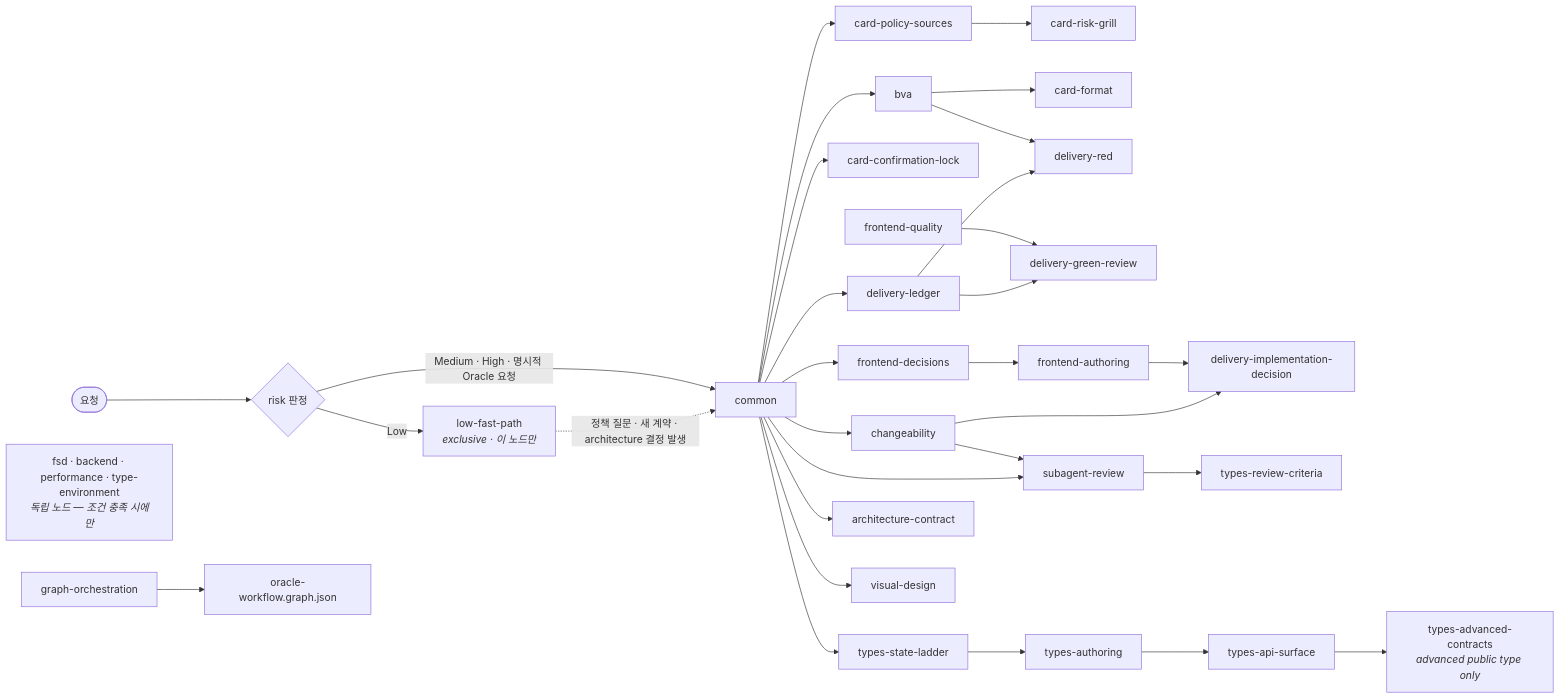
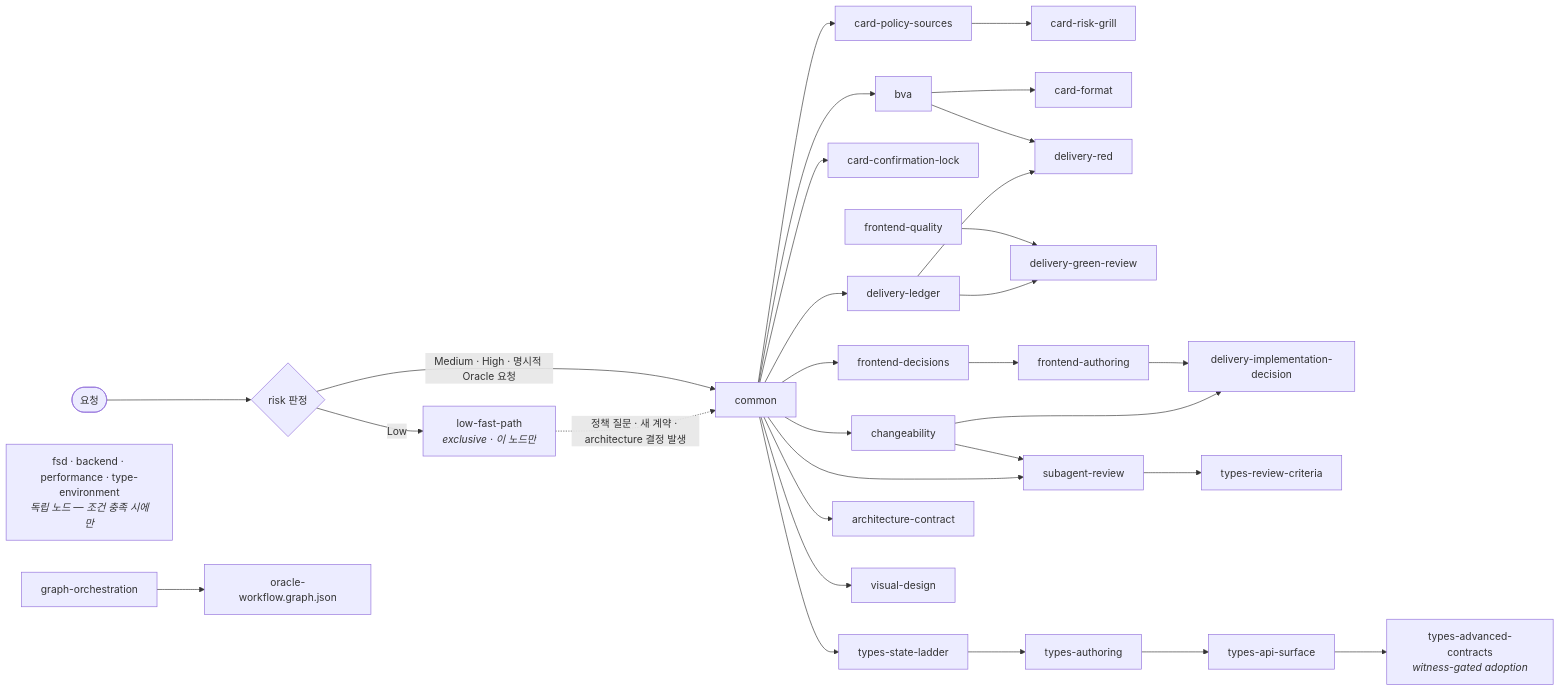
Before and after one commit to lodado/shareds: the third of 3 diagrams in packages/frontend-oracle-design/skills/README.md, drawn with Mermaid. The commit also changed other lines of this file and 10 other files, not shown here.

First line of the commit message:
feat(frontend-oracle-design)!: always load type API and advanced contracts

````diff
--- a/packages/frontend-oracle-design/skills/README.md
+++ b/packages/frontend-oracle-design/skills/README.md
@@ -111,27 +111,27 @@
 ```mermaid
 flowchart LR
   START(["요청"]) --> RISK{"risk 판정"}
   RISK -->|"Low"| LFP["low-fast-path<br/><i>exclusive · 이 노드만</i>"]
   LFP -.->|"정책 질문 · 새 계약 · architecture 결정 발생"| COMMON
   RISK -->|"Medium · High · 명시적 Oracle 요청"| COMMON["common"]
 
   COMMON --> CPS["card-policy-sources"] --> CRG["card-risk-grill"]
   COMMON --> BVA["bva"] --> CF["card-format"]
   COMMON --> CCL["card-confirmation-lock"]
   COMMON --> DL["delivery-ledger"]
   DL --> DR["delivery-red"]
   BVA --> DR
   DL --> DGR["delivery-green-review"]
   COMMON --> CH["changeability"]
   COMMON --> FD["frontend-decisions"] --> FA["frontend-authoring"]
   FQ["frontend-quality"] --> DGR
   CH --> DID["delivery-implementation-decision"]
   FA --> DID
   COMMON --> SR2["subagent-review"] --> TRC["types-review-criteria"]
   CH --> SR2
-  COMMON --> TSL["types-state-ladder"] --> TA["types-authoring"] --> TAS["types-api-surface"] --> TAC["types-advanced-contracts<br/><i>advanced public type only</i>"]
+  COMMON --> TSL["types-state-ladder"] --> TA["types-authoring"] --> TAS["types-api-surface"] --> TAC["types-advanced-contracts<br/><i>witness-gated adoption</i>"]
   COMMON --> AC["architecture-contract"]
   COMMON --> VD["visual-design"]
   IND["fsd · backend · performance · type-environment<br/><i>독립 노드 — 조건 충족 시에만</i>"]
   GO["graph-orchestration"] --> OWG["oracle-workflow.graph.json"]
 ```
````
